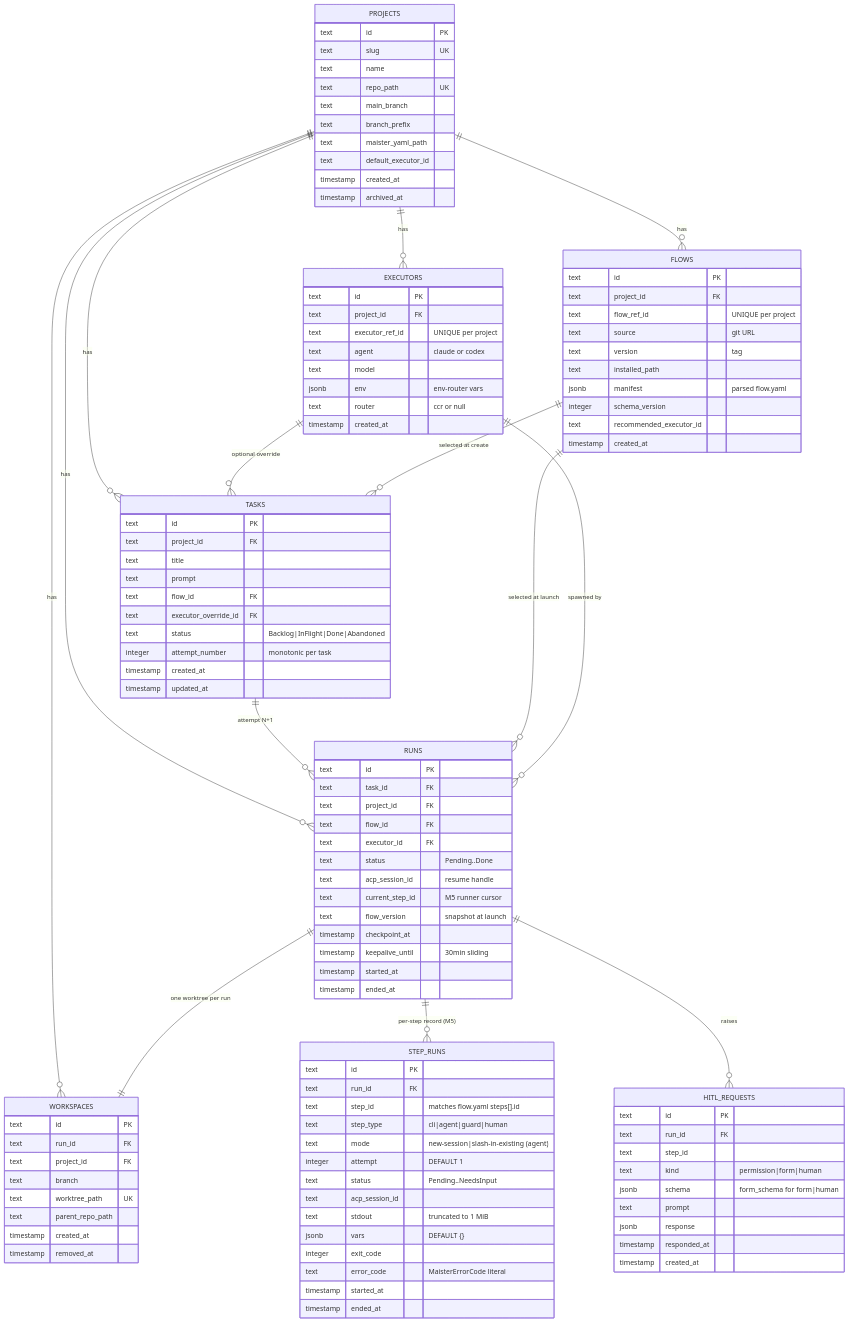
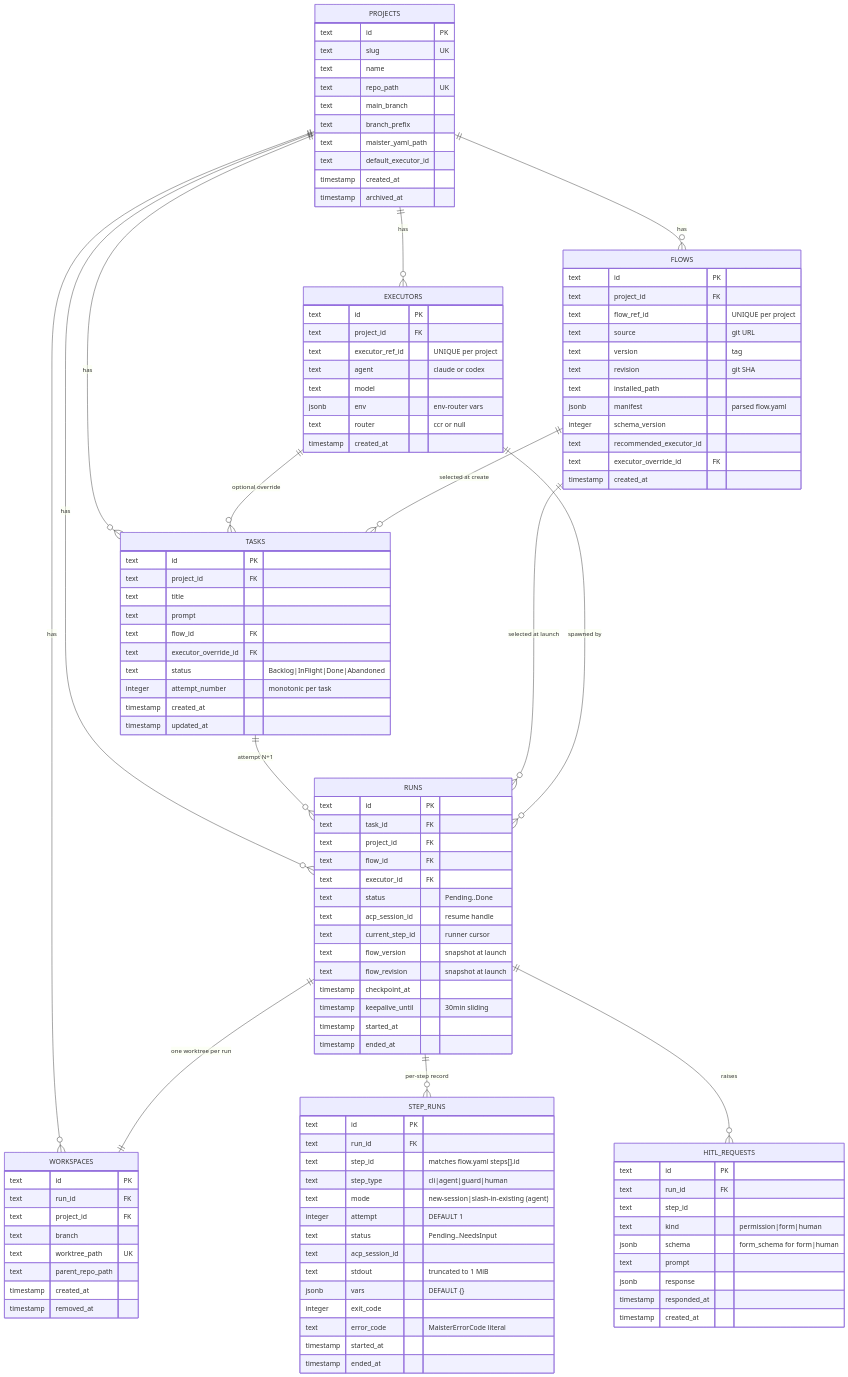
One commit to maister-dev/maister changed the diagram in docs/db/erd.md. Above: the diagram before and after it, drawn with Mermaid. The commit also changed other lines of this file and 46 other files, not shown here.

```diff
--- a/docs/db/erd.md
+++ b/docs/db/erd.md
@@ -19,7 +19,7 @@
     FLOWS ||--o{ TASKS : "selected at create"
 
     RUNS ||--|| WORKSPACES : "one worktree per run"
-    RUNS ||--o{ STEP_RUNS : "per-step record (M5)"
+    RUNS ||--o{ STEP_RUNS : "per-step record"
     RUNS ||--o{ HITL_REQUESTS : raises
 
     PROJECTS {
@@ -52,10 +52,12 @@
         text flow_ref_id "UNIQUE per project"
         text source "git URL"
         text version "tag"
+        text revision "git SHA"
         text installed_path
         jsonb manifest "parsed flow.yaml"
         integer schema_version
         text recommended_executor_id
+        text executor_override_id FK
         timestamp created_at
     }
 
@@ -80,8 +82,9 @@
         text executor_id FK
         text status "Pending..Done"
         text acp_session_id "resume handle"
-        text current_step_id "M5 runner cursor"
+        text current_step_id "runner cursor"
         text flow_version "snapshot at launch"
+        text flow_revision "snapshot at launch"
         timestamp checkpoint_at
         timestamp keepalive_until "30min sliding"
         timestamp started_at
```
